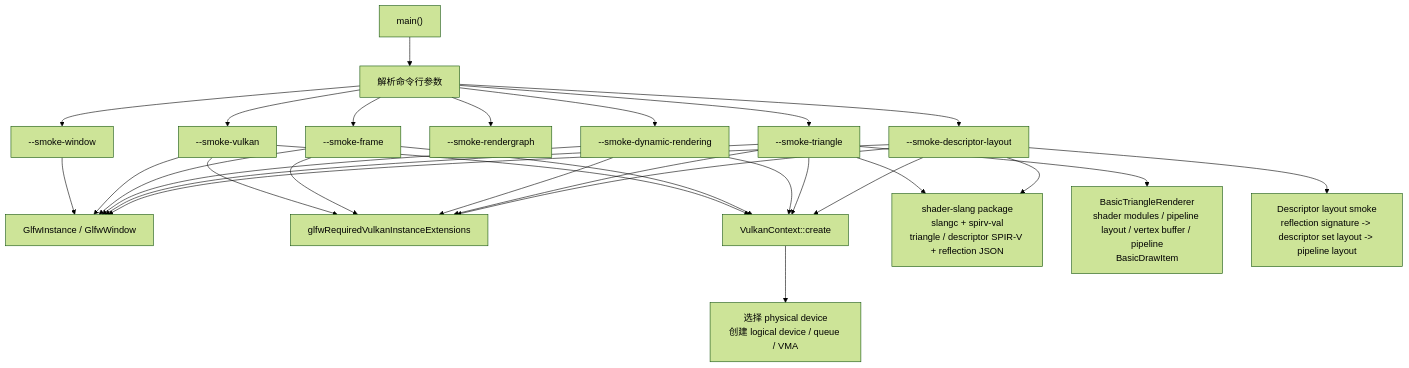
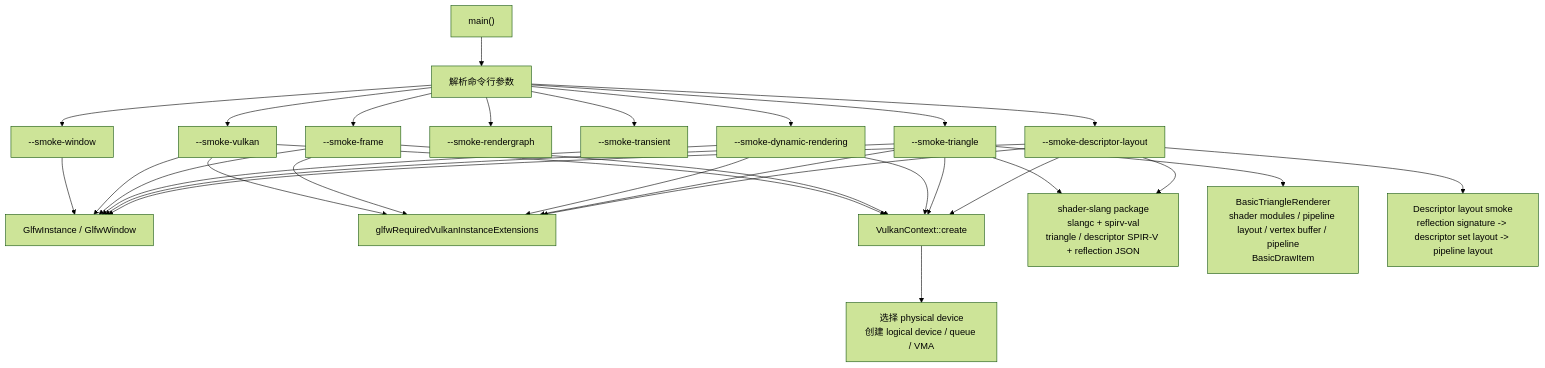
One commit to 66six11/Engine changed the second of 11 diagrams in docs/flow-architecture.md. Above: the diagram before and after it, drawn with Mermaid (forest theme). The commit also changed other lines of this file and 3 other files, not shown here.

Commit message:
feat: add render graph transient image plan

````diff
--- a/docs/flow-architecture.md
+++ b/docs/flow-architecture.md
@@ -58,49 +58,51 @@
 ```mermaid
 flowchart TD
     Start["main()"]
     Args["解析命令行参数"]
     WindowSmoke["--smoke-window"]
     VulkanSmoke["--smoke-vulkan"]
     FrameSmoke["--smoke-frame"]
     RGSmoke["--smoke-rendergraph"]
+    TransientSmoke["--smoke-transient"]
     DynamicSmoke["--smoke-dynamic-rendering"]
     TriangleSmoke["--smoke-triangle"]
     DescriptorSmoke["--smoke-descriptor-layout"]
     GLFW["GlfwInstance / GlfwWindow"]
     Ext["glfwRequiredVulkanInstanceExtensions"]
     Context["VulkanContext::create"]
     Device["选择 physical device<br/>创建 logical device / queue / VMA"]
     ShaderBuild["shader-slang package<br/>slangc + spirv-val<br/>triangle / descriptor SPIR-V + reflection JSON"]
     RendererObject["BasicTriangleRenderer<br/>shader modules / pipeline layout / vertex buffer / pipeline<br/>BasicDrawItem"]
     DescriptorLayout["Descriptor layout smoke<br/>reflection signature -> descriptor set layout -> pipeline layout"]
 
     Start --> Args
     Args --> WindowSmoke
     Args --> VulkanSmoke
     Args --> FrameSmoke
     Args --> RGSmoke
+    Args --> TransientSmoke
     Args --> DynamicSmoke
     Args --> TriangleSmoke
     Args --> DescriptorSmoke
     WindowSmoke --> GLFW
     VulkanSmoke --> GLFW
     VulkanSmoke --> Ext
     VulkanSmoke --> Context
     FrameSmoke --> GLFW
     FrameSmoke --> Ext
     FrameSmoke --> Context
     DynamicSmoke --> GLFW
     DynamicSmoke --> Ext
     DynamicSmoke --> Context
     TriangleSmoke --> GLFW
     TriangleSmoke --> Ext
     TriangleSmoke --> Context
     TriangleSmoke --> ShaderBuild
     TriangleSmoke --> RendererObject
     DescriptorSmoke --> GLFW
     DescriptorSmoke --> Ext
     DescriptorSmoke --> Context
     DescriptorSmoke --> ShaderBuild
     DescriptorSmoke --> DescriptorLayout
     Context --> Device
 ```
````
